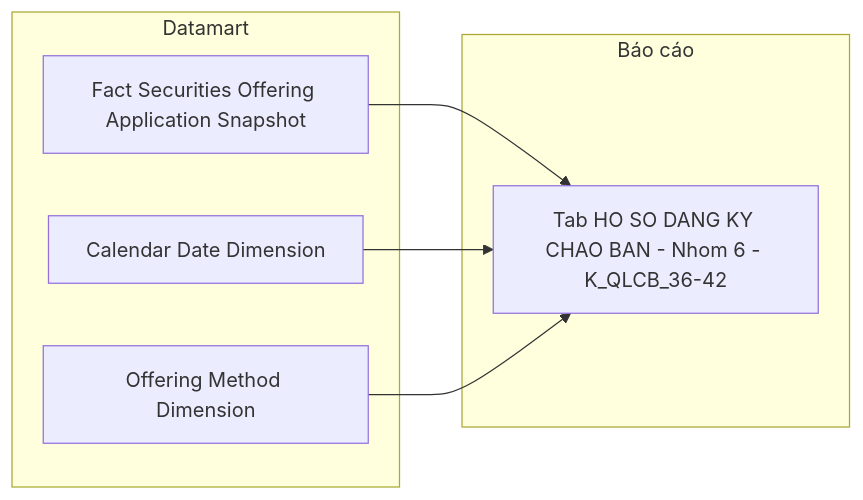
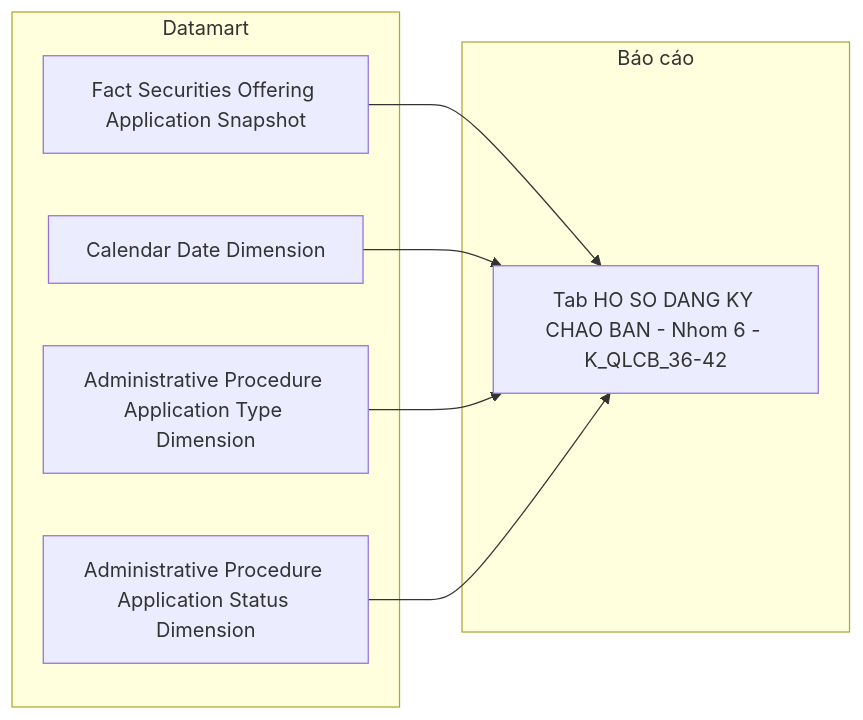
Diagram 17 of 22 in Datamart/hld/DTM_QLCB_HLD.md (linhlvit/ubck_atomic_design), drawn with Mermaid before and after one commit. The commit also changed other lines of this file and 13 other files, not shown here.

````diff
--- a/Datamart/hld/DTM_QLCB_HLD.md
+++ b/Datamart/hld/DTM_QLCB_HLD.md
@@ -865,14 +947,16 @@
 ```mermaid
 flowchart LR
     subgraph Datamart["Datamart"]
         G1["Fact Securities Offering Application Snapshot"]
         G2["Calendar Date Dimension"]
-        G3["Offering Method Dimension"]
+        G3["Administrative Procedure Application Type Dimension"]
+        G4["Administrative Procedure Application Status Dimension"]
     end
     subgraph RPT["Báo cáo"]
         R6["Tab HO SO DANG KY CHAO BAN - Nhom 6 - K_QLCB_36-42"]
     end
     G1 --> R6
     G2 --> R6
     G3 --> R6
+    G4 --> R6
 ```
````
